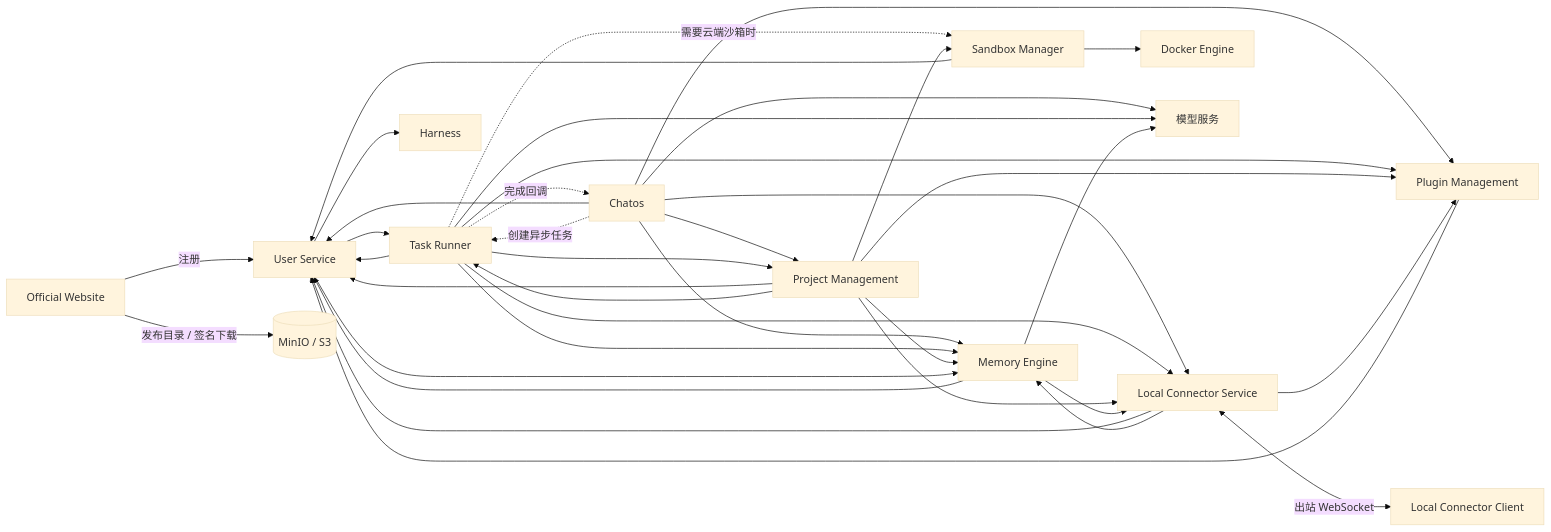
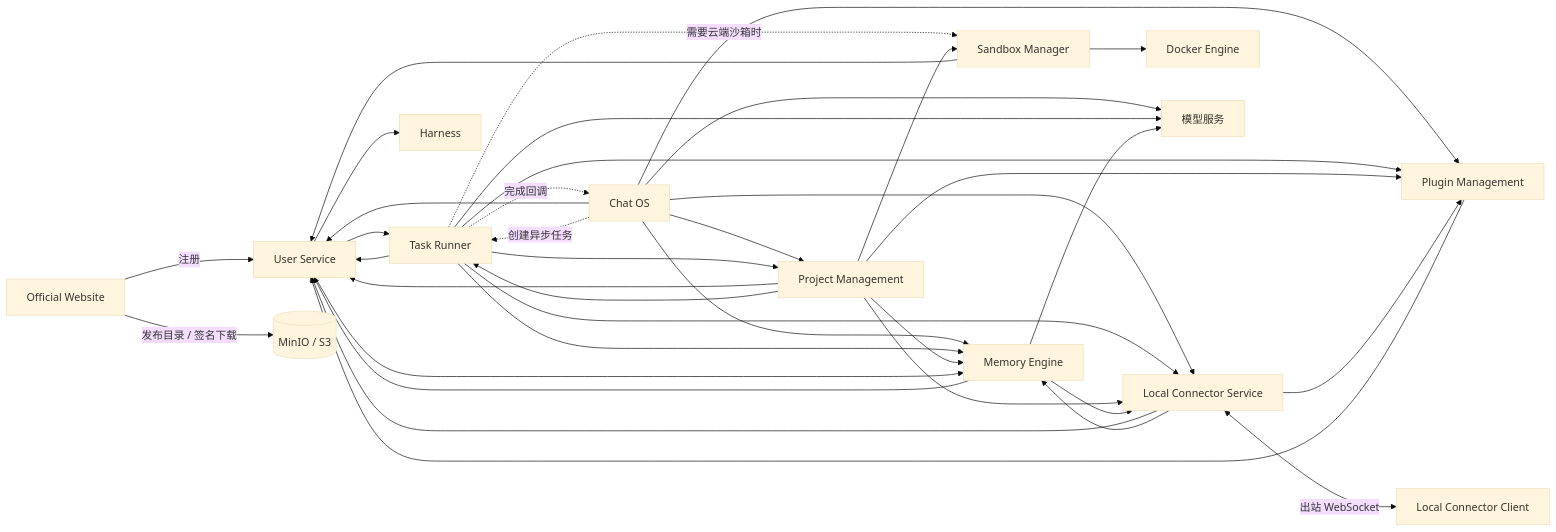
The second of 7 diagrams in README.md (leeoohoo/chatos_rs), drawn with Mermaid (base theme) before and after one commit. The commit also changed other lines of this file and 70 other files, not shown here.

````diff
--- a/README.md
+++ b/README.md
@@ -87,54 +87,54 @@
 ```mermaid
 flowchart LR
     W["Official Website"]
-    C["Chatos"]
+    C["Chat OS"]
     U["User Service"]
     P["Project Management"]
     T["Task Runner"]
     G["Plugin Management"]
     M["Memory Engine"]
     L["Local Connector Service"]
     LC["Local Connector Client"]
     S["Sandbox Manager"]
     H["Harness"]
     D["Docker Engine"]
     AI["模型服务"]
     O[("MinIO / S3")]
 
     W -->|"注册"| U
     W -->|"发布目录 / 签名下载"| O
     C --> U
     C --> P
     C --> G
     C --> M
     C --> L
     C -. "创建异步任务" .-> T
     T --> U
     T --> P
     T --> G
     T --> M
     T --> L
     T -. "需要云端沙箱时" .-> S
     T -. "完成回调" .-> C
     P --> U
     P --> T
     P --> G
     P --> M
     P --> L
     P --> S
     U --> M
     U --> T
     U --> H
     M --> U
     M --> L
     G --> U
     L --> U
     L --> G
     L --> M
     L <-->|"出站 WebSocket"| LC
     S --> U
     S --> D
     C --> AI
     T --> AI
     M --> AI
 ```
````
